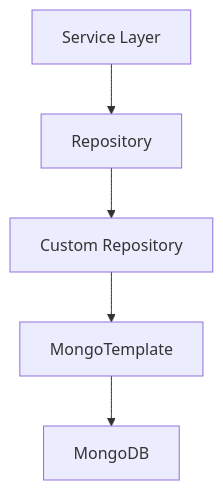
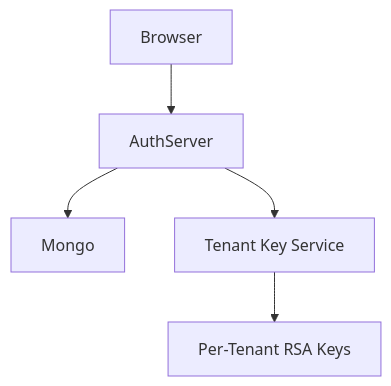
Before and after one commit to Praesto-Pro/openframe-oss-tenant: the fourth of 12 diagrams in docs/architecture/README.md, drawn with Mermaid. The commit also changed other lines of this file and 214 other files, not shown here.

````diff
--- a/docs/architecture/README.md
+++ b/docs/architecture/README.md
@@ -195,7 +151,7 @@
 ```mermaid
 flowchart TD
-    Service["Service Layer"] --> Repo["Repository"]
-    Repo --> CustomImpl["Custom Repository"]
-    CustomImpl --> MongoTemplate["MongoTemplate"]
-    MongoTemplate --> MongoDB["MongoDB"]
+    Browser --> AuthServer
+    AuthServer --> Mongo
+    AuthServer --> TenantKeyService["Tenant Key Service"]
+    TenantKeyService --> RSA["Per-Tenant RSA Keys"]
 ```
````
